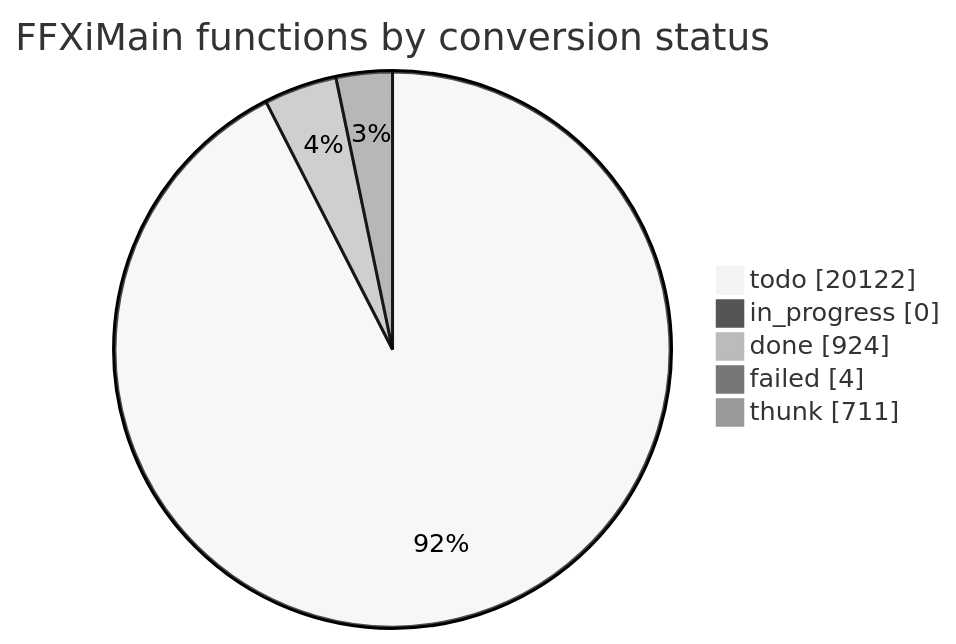
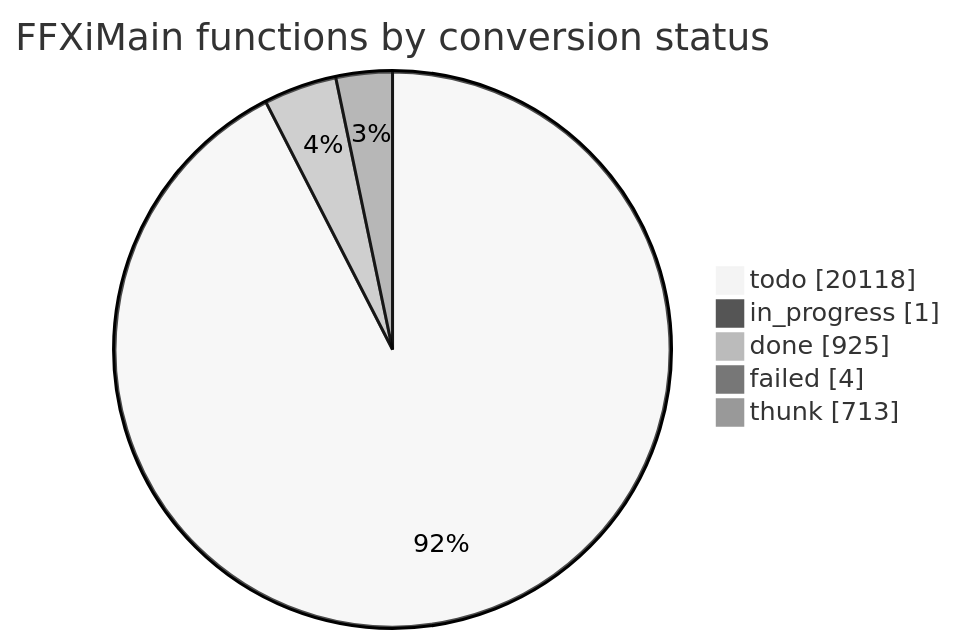
Before and after one commit to cowrevenge/cow_kuluu_xi_anything: the diagram in docs/cow/STATUS.md, drawn with Mermaid (neutral theme). The commit also changed other lines of this file and 9 other files, not shown here.

````diff
--- a/docs/cow/STATUS.md
+++ b/docs/cow/STATUS.md
@@ -18,9 +18,9 @@
 ```mermaid
 pie showData
     title FFXiMain functions by conversion status
-    "todo" : 20122
-    "in_progress" : 0
-    "done" : 924
+    "todo" : 20118
+    "in_progress" : 1
+    "done" : 925
     "failed" : 4
-    "thunk" : 711
+    "thunk" : 713
 ```
````
